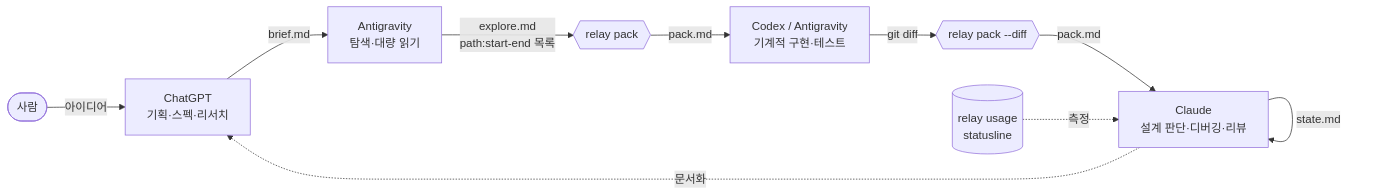
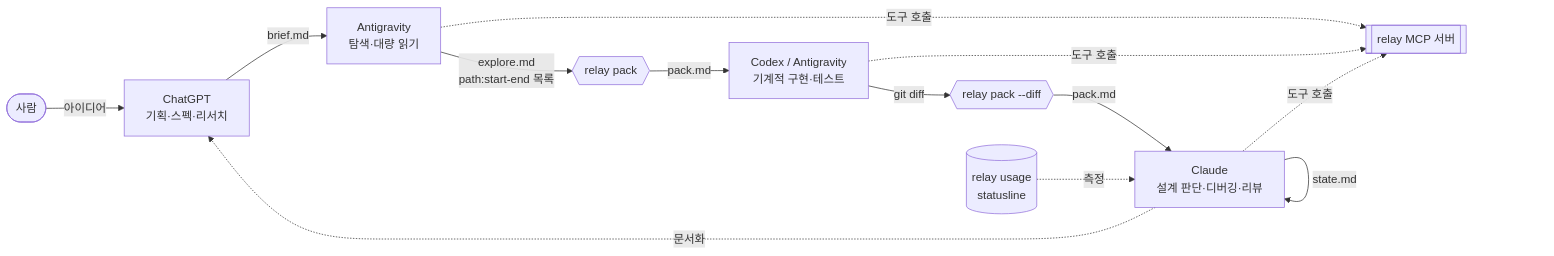
Before and after one commit to cogito5170/effiency: the diagram in README.md, drawn with Mermaid. The commit also changed other lines of this file and 16 other files, not shown here.

First line of the commit message:
Add relay MCP server (v0.2): tool-call handoff for Claude, Codex, Antigravity

````diff
--- a/README.md
+++ b/README.md
@@ -57,12 +57,13 @@
 ```mermaid
 flowchart LR
     H([사람]) -->|아이디어| G[ChatGPT<br/>기획·스펙·리서치]
     G -->|brief.md| A[Antigravity<br/>탐색·대량 읽기]
     A -->|explore.md<br/>path:start-end 목록| P{{relay pack}}
     P -->|pack.md| X[Codex / Antigravity<br/>기계적 구현·테스트]
     X -->|git diff| P2{{relay pack --diff}}
     P2 -->|pack.md| C[Claude<br/>설계 판단·디버깅·리뷰]
     C -->|state.md| C
     C -.->|문서화| G
     U[(relay usage<br/>statusline)] -.측정.-> C
+    A & X & C -. 도구 호출 .-> M[[relay MCP 서버]]
 ```
````
